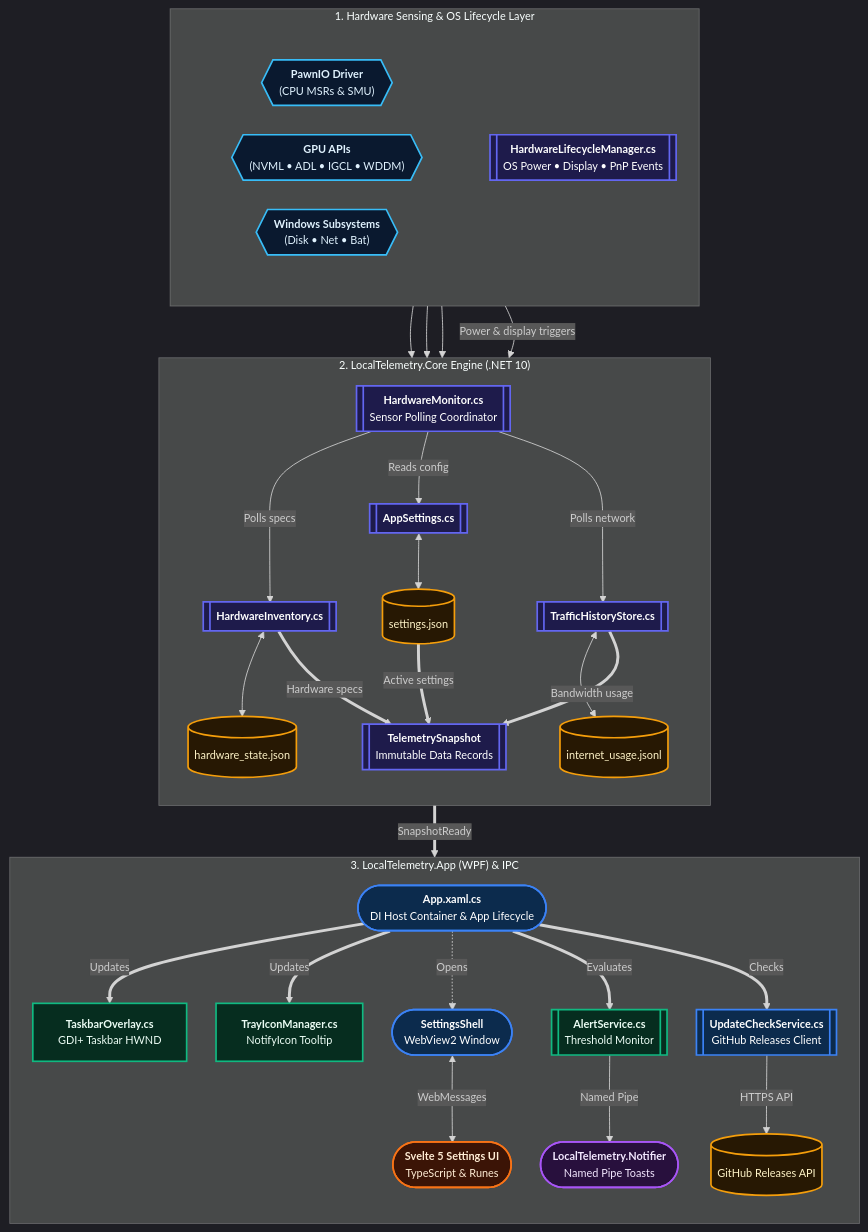
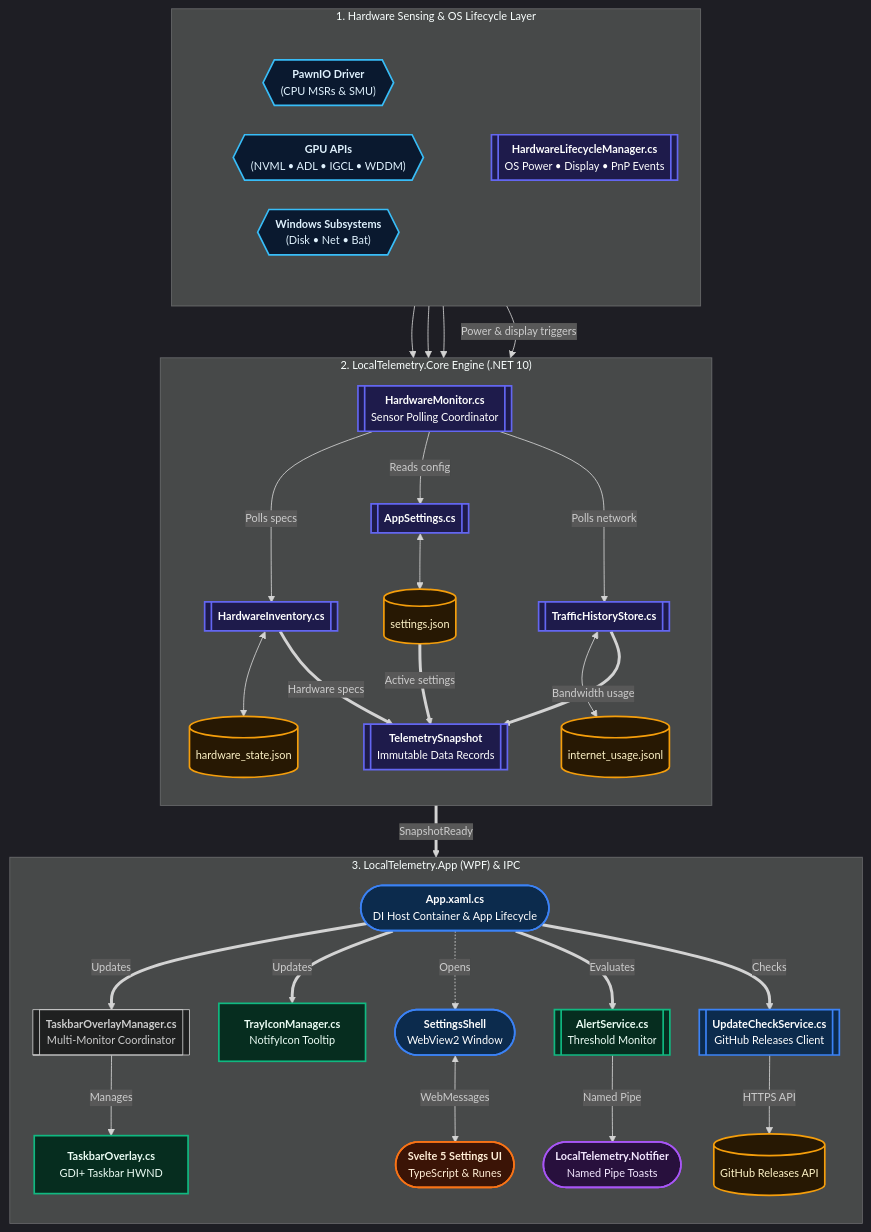
One commit to Nicconike/LocalTelemetry changed the diagram in docs/latest/developer-guide/backend-architecture.md. Above: the diagram before and after it, drawn with Mermaid. The commit also changed other lines of this file and 98 other files, not shown here.

First line of the commit message:
feat(overlay): add multi-monitor overlays, power resume guards and layout presets

````diff
--- a/docs/latest/developer-guide/backend-architecture.md
+++ b/docs/latest/developer-guide/backend-architecture.md
@@ -9,80 +9,82 @@
 ```mermaid
 %%{init: {'theme': 'dark', 'themeVariables': {'fontSize': '13px'}, 'flowchart': {'nodeSpacing': 35, 'rankSpacing': 42, 'curve': 'basis'}}}%%
 flowchart TD
     %% 1. HARDWARE SENSING & OS EVENT LAYER
     subgraph Drivers["1. Hardware Sensing & OS Lifecycle Layer"]
         direction TB
         subgraph DriverRow[" "]
             direction LR
             PawnIO{{"<b>PawnIO Driver</b><br/>(CPU MSRs & SMU)"}}
             GPUApis{{"<b>GPU APIs</b><br/>(NVML • ADL • IGCL • WDDM)"}}
             WinCounters{{"<b>Windows Subsystems</b><br/>(Disk • Net • Bat)"}}
         end
         LifecycleMgr[["<b>HardwareLifecycleManager.cs</b><br/>OS Power • Display • PnP Events"]]
     end
 
     %% 2. CORE ENGINE
     subgraph CoreEngine["2. LocalTelemetry.Core Engine (.NET 10)"]
         direction TB
         HWCoordinator[["<b>HardwareMonitor.cs</b><br/>Sensor Polling Coordinator"]]
 
         HWCoordinator -->|"Polls specs"| HWInventory[["<b>HardwareInventory.cs</b>"]]
         HWCoordinator -->|"Reads config"| AppConfig[["<b>AppSettings.cs</b>"]]
         HWCoordinator -->|"Polls network"| TrafficStore[["<b>TrafficHistoryStore.cs</b>"]]
 
         HWInventory <--> StateCache[("hardware_state.json")]
         AppConfig <--> ConfigFile[("settings.json")]
         TrafficStore <--> TrafficFile[("internet_usage.jsonl")]
 
         HWInventory ==>|"Hardware specs"| Snapshot[["<b>TelemetrySnapshot</b><br/>Immutable Data Records"]]
         ConfigFile ==>|"Active settings"| Snapshot
         TrafficStore ==>|"Bandwidth usage"| Snapshot
     end
 
     %% 3. HOST APP & IPC
     subgraph HostApp["3. LocalTelemetry.App (WPF) & IPC"]
         direction TB
         AppLifecycle(["<b>App.xaml.cs</b><br/>DI Host Container & App Lifecycle"])
 
+        OverlayMgr[["<b>TaskbarOverlayManager.cs</b><br/>Multi-Monitor Coordinator"]]
         Overlay["<b>TaskbarOverlay.cs</b><br/>GDI+ Taskbar HWND"]
         Tray["<b>TrayIconManager.cs</b><br/>NotifyIcon Tooltip"]
         SettingsWnd(["<b>SettingsShell</b><br/>WebView2 Window"])
         Alerts[["<b>AlertService.cs</b><br/>Threshold Monitor"]]
         UpdateChecker[["<b>UpdateCheckService.cs</b><br/>GitHub Releases Client"]]
 
-        AppLifecycle ==>|"Updates"| Overlay
+        AppLifecycle ==>|"Updates"| OverlayMgr
+        OverlayMgr -->|"Manages"| Overlay
         AppLifecycle ==>|"Updates"| Tray
         AppLifecycle -.->|"Opens"| SettingsWnd
         AppLifecycle ==>|"Evaluates"| Alerts
         AppLifecycle ==>|"Checks"| UpdateChecker
 
         SettingsWnd <-->|"WebMessages"| SvelteUI(["<b>Svelte 5 Settings UI</b><br/>TypeScript & Runes"])
         Alerts -->|"Named Pipe"| Notifier(["<b>LocalTelemetry.Notifier</b><br/>Named Pipe Toasts"])
         UpdateChecker -->|"HTTPS API"| GitHubAPI[("GitHub Releases API")]
     end
 
     PawnIO --> HWCoordinator
     GPUApis --> HWCoordinator
     WinCounters --> HWCoordinator
     LifecycleMgr -->|"Power & display triggers"| HWCoordinator
 
     Snapshot ==>|"SnapshotReady"| AppLifecycle
 
     style DriverRow fill:none,stroke:none
 
     class PawnIO,GPUApis,WinCounters driverNode
     class LifecycleMgr,HWCoordinator,Snapshot,HWInventory,TrafficStore,AppConfig coreNode
     class StateCache,TrafficFile,ConfigFile,GitHubAPI dataNode
     class AppLifecycle,SettingsWnd,UpdateChecker appNode
     class Overlay,Tray,Alerts shellNode
     class Notifier notifierNode
     class SvelteUI uiNode
 
     classDef driverNode fill:#0a192f,stroke:#38bdf8,stroke-width:2px,color:#e0f2fe
     classDef coreNode fill:#1e1b4b,stroke:#6366f1,stroke-width:2px,color:#ffffff
     classDef dataNode fill:#271803,stroke:#f59e0b,stroke-width:2px,color:#fef3c7
     classDef appNode fill:#0c2b4d,stroke:#3b82f6,stroke-width:2px,color:#ffffff
     classDef shellNode fill:#062d1f,stroke:#10b981,stroke-width:2px,color:#ecfdf5
     classDef notifierNode fill:#28103d,stroke:#a855f7,stroke-width:2px,color:#f3e8ff
     classDef uiNode fill:#3b1406,stroke:#f97316,stroke-width:2px,color:#ffedd5
 ```
````
